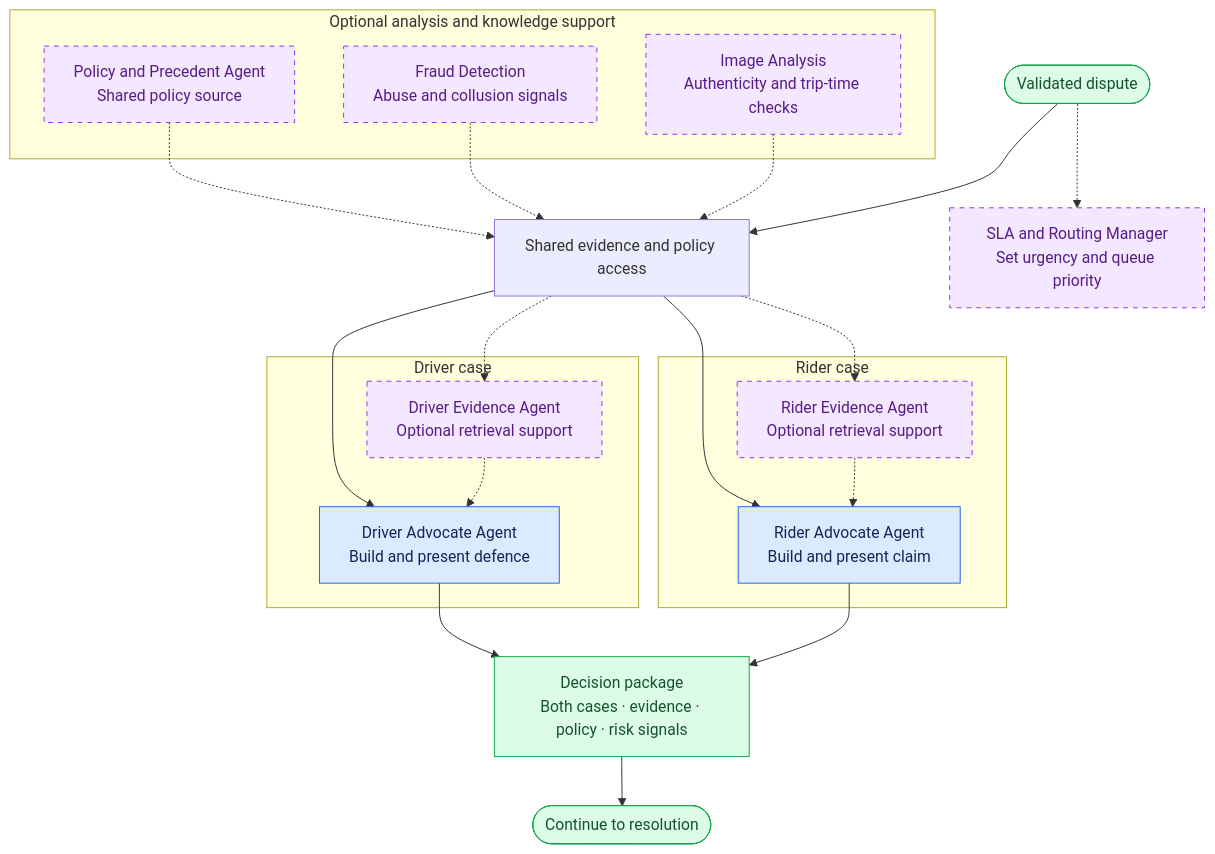
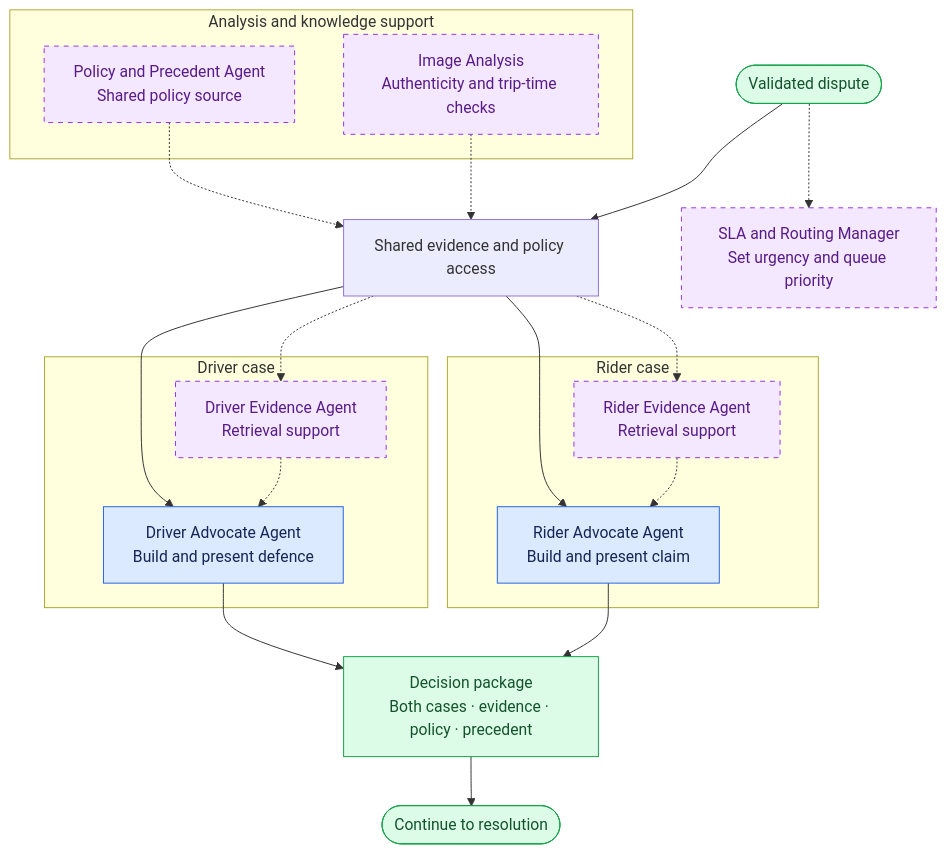
One commit to Bread04/Tencent-AI-Cloud-Hackathon changed the second of 3 diagrams in workflow.md. Above: the diagram before and after it, drawn with Mermaid. The commit also changed other lines of this file and 1 other file, not shown here.

Commit message:
Update glossary and workflow for full agent scope and tiered to-do list

````diff
--- a/workflow.md
+++ b/workflow.md
@@ -80,42 +83,40 @@
 ```mermaid
 flowchart TB
     A(["Validated dispute"]) --> E["Shared evidence and policy access"]
     A -.-> S["SLA and Routing Manager<br/>Set urgency and queue priority"]
 
-    subgraph SUPPORT["Optional analysis and knowledge support"]
+    subgraph SUPPORT["Analysis and knowledge support"]
         I["Image Analysis<br/>Authenticity and trip-time checks"]
-        F["Fraud Detection<br/>Abuse and collusion signals"]
         P["Policy and Precedent Agent<br/>Shared policy source"]
     end
 
     I -.-> E
-    F -.-> E
     P -.-> E
 
     subgraph RIDER["Rider case"]
-        ER["Rider Evidence Agent<br/>Optional retrieval support"]
+        ER["Rider Evidence Agent<br/>Retrieval support"]
         R["Rider Advocate Agent<br/>Build and present claim"]
         ER -.-> R
     end
 
     subgraph DRIVER["Driver case"]
-        ED["Driver Evidence Agent<br/>Optional retrieval support"]
+        ED["Driver Evidence Agent<br/>Retrieval support"]
         D["Driver Advocate Agent<br/>Build and present defence"]
         ED -.-> D
     end
 
     E --> R
     E --> D
     E -.-> ER
     E -.-> ED
-    R --> X["Decision package<br/>Both cases · evidence · policy · risk signals"]
+    R --> X["Decision package<br/>Both cases · evidence · policy · precedent"]
     D --> X
     X --> NEXT(["Continue to resolution"])
 
     classDef agent fill:#dbeafe,stroke:#2563eb,color:#172554
     classDef optional fill:#f3e8ff,stroke:#9333ea,color:#581c87,stroke-dasharray:5 5
     classDef handoff fill:#dcfce7,stroke:#16a34a,color:#14532d
     class R,D agent
-    class S,I,F,P,ER,ED optional
+    class S,I,P,ER,ED optional
     class A,X,NEXT handoff
 ```
````
